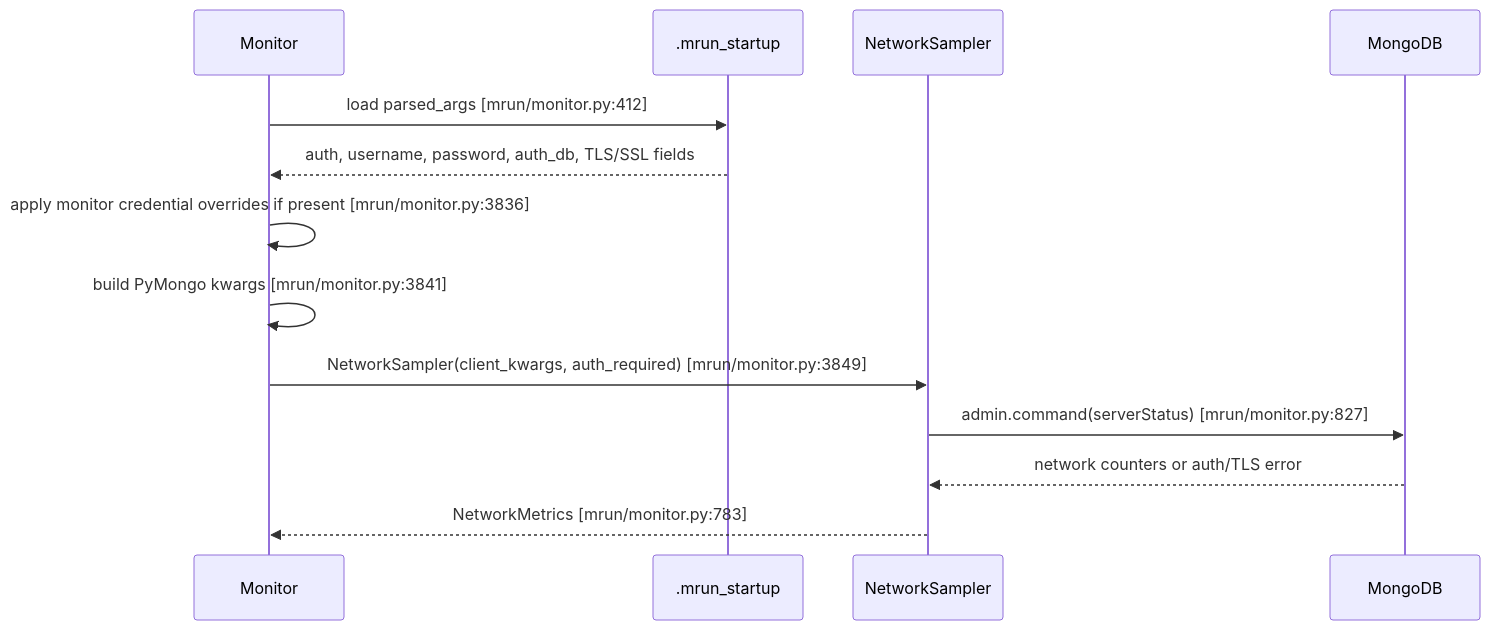
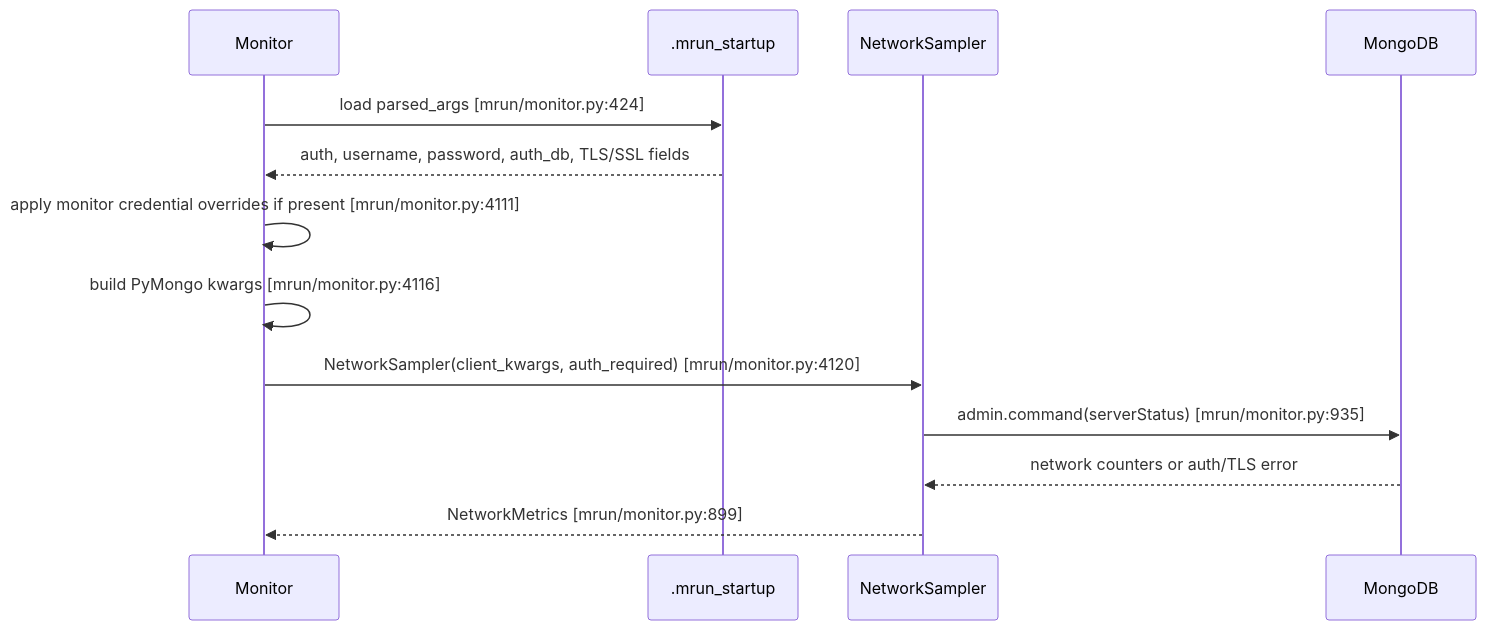
One commit to mongodb/mlaunch changed the third of 13 diagrams in doc/feature-monitor-guide.md. Above: the diagram before and after it, drawn with Mermaid. The commit also changed other lines of this file and 2 other files, not shown here.

Commit message:
docs: document normalized monitor cpu

````diff
--- a/doc/feature-monitor-guide.md
+++ b/doc/feature-monitor-guide.md
@@ -219,16 +222,16 @@
 ```mermaid
 sequenceDiagram
     participant Monitor as Monitor
     participant FS as .mrun_startup
     participant Sampler as NetworkSampler
     participant Mongo as MongoDB
 
-    Monitor->>FS: load parsed_args [mrun/monitor.py:412]
+    Monitor->>FS: load parsed_args [mrun/monitor.py:424]
     FS-->>Monitor: auth, username, password, auth_db, TLS/SSL fields
-    Monitor->>Monitor: apply monitor credential overrides if present [mrun/monitor.py:3836]
-    Monitor->>Monitor: build PyMongo kwargs [mrun/monitor.py:3841]
-    Monitor->>Sampler: NetworkSampler(client_kwargs, auth_required) [mrun/monitor.py:3849]
-    Sampler->>Mongo: admin.command(serverStatus) [mrun/monitor.py:827]
+    Monitor->>Monitor: apply monitor credential overrides if present [mrun/monitor.py:4111]
+    Monitor->>Monitor: build PyMongo kwargs [mrun/monitor.py:4116]
+    Monitor->>Sampler: NetworkSampler(client_kwargs, auth_required) [mrun/monitor.py:4120]
+    Sampler->>Mongo: admin.command(serverStatus) [mrun/monitor.py:935]
     Mongo-->>Sampler: network counters or auth/TLS error
-    Sampler-->>Monitor: NetworkMetrics [mrun/monitor.py:783]
+    Sampler-->>Monitor: NetworkMetrics [mrun/monitor.py:899]
 ```
````
